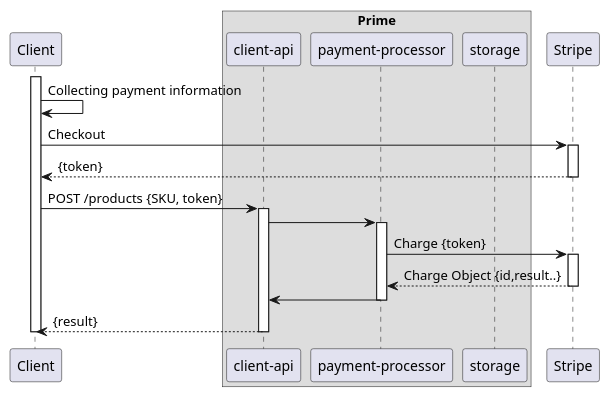
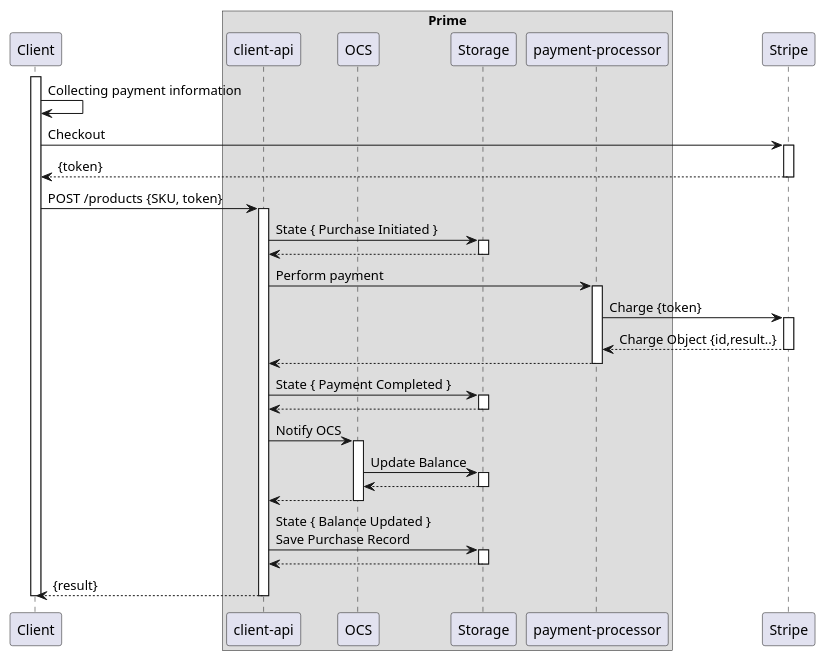
The diagram in payment-processor/doc/puml/purchase-flow.puml (ostelco/ostelco-core), drawn with PlantUML before and after one commit.

Commit message:
Saving Purchase states in Storage. Experimenting with indenting puml file.

```diff
--- a/payment-processor/doc/puml/purchase-flow.puml
+++ b/payment-processor/doc/puml/purchase-flow.puml
@@ -1,31 +1,67 @@
 @startuml
 
 participant Client
 
 box "Prime"
     participant "client-api"
+    participant OCS
+    participant Storage
     participant "payment-processor"
-    participant "storage"
 end box
 participant Stripe
 
 activate Client
-Client -> Client : Collecting payment information
-Client -> Stripe : Checkout
-activate Stripe
-Stripe --> Client: {token}
-deactivate Stripe
-Client -> "client-api": POST /products {SKU, token}
-activate "client-api"
-"client-api" -> "payment-processor"
-activate "payment-processor"
-"payment-processor" -> Stripe: Charge {token}
-activate Stripe
-Stripe --> "payment-processor": Charge Object {id,result..}
-deactivate Stripe
-"payment-processor" -> "client-api"
-deactivate "payment-processor"
-"client-api" --> Client: {result}
-deactivate "client-api"
+  Client -> Client : Collecting payment information
+
+  Client -> Stripe : Checkout
+  activate Stripe
+  Client <-- Stripe: {token}
+  deactivate Stripe
+
+  Client -> "client-api": POST /products {SKU, token}
+  activate "client-api"
+
+    "client-api" -> Storage : State { Purchase Initiated }
+    activate Storage
+    "client-api" <-- Storage
+    deactivate Storage
+
+    "client-api" -> "payment-processor" : Perform payment
+    activate "payment-processor"
+
+      "payment-processor" -> Stripe: Charge {token}
+      activate Stripe
+      "payment-processor" <-- Stripe : Charge Object {id,result..}
+      deactivate Stripe
+
+    "client-api" <-- "payment-processor"
+    deactivate "payment-processor"
+
+    "client-api" -> Storage : State { Payment Completed }
+    activate Storage
+    "client-api" <-- Storage
+    deactivate Storage
+
+    "client-api" -> OCS : Notify OCS
+    activate OCS
+
+        OCS -> Storage : Update Balance
+        activate Storage
+        OCS <-- Storage
+        deactivate Storage
+
+    "client-api" <-- OCS
+    deactivate OCS
+
+    "client-api" -> Storage : State { Balance Updated } \nSave Purchase Record
+    activate Storage
+    "client-api" <-- Storage
+    deactivate Storage
+
+
+  Client <-- "client-api": {result}
+  deactivate "client-api"
+
 deactivate Client
+
 @enduml
```
